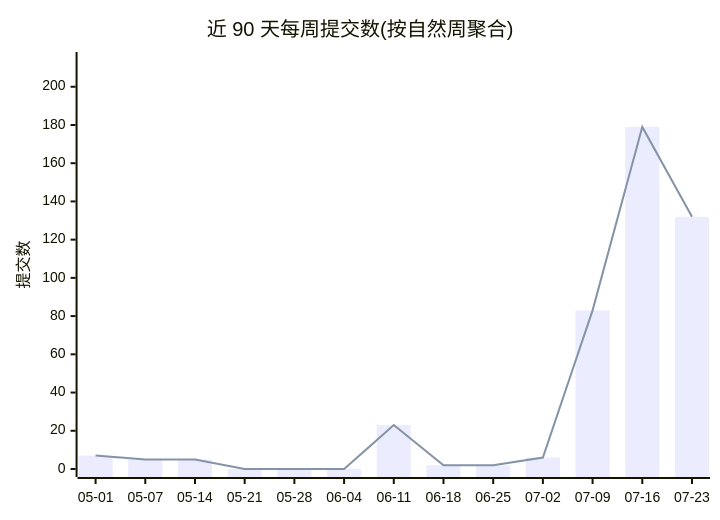
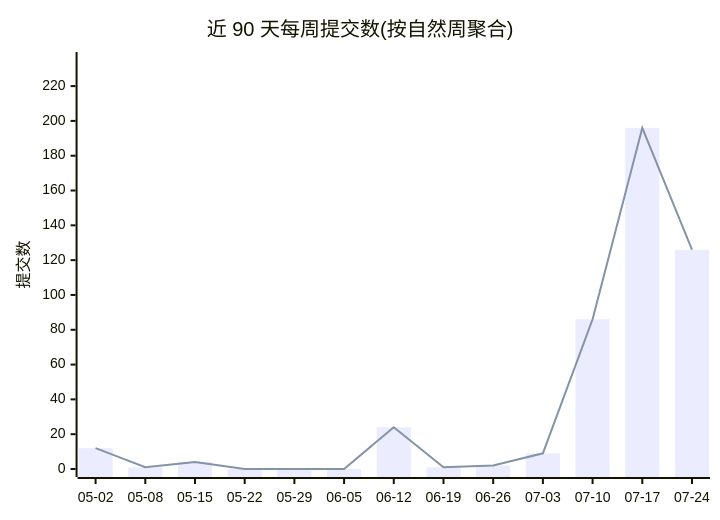
One commit to Conflux-Union/.github changed the first of 2 diagrams in profile/README.md. Above: the diagram before and after it, drawn with Mermaid. The commit also changed other lines of this file and 1 other file, not shown here.

````diff
--- a/profile/README.md
+++ b/profile/README.md
@@ -44,8 +44,8 @@
 ```mermaid
 xychart-beta
     title "近 90 天每周提交数(按自然周聚合)"
-    x-axis ["05-01", "05-07", "05-14", "05-21", "05-28", "06-04", "06-11", "06-18", "06-25", "07-02", "07-09", "07-16", "07-23"]
-    y-axis "提交数" 0 --> 214
-    bar [7, 5, 5, 0, 0, 0, 23, 2, 2, 6, 83, 179, 132]
-    line [7, 5, 5, 0, 0, 0, 23, 2, 2, 6, 83, 179, 132]
+    x-axis ["05-02", "05-08", "05-15", "05-22", "05-29", "06-05", "06-12", "06-19", "06-26", "07-03", "07-10", "07-17", "07-24"]
+    y-axis "提交数" 0 --> 235
+    bar [12, 1, 4, 0, 0, 0, 24, 1, 2, 9, 86, 196, 126]
+    line [12, 1, 4, 0, 0, 0, 24, 1, 2, 9, 86, 196, 126]
 ```
````
